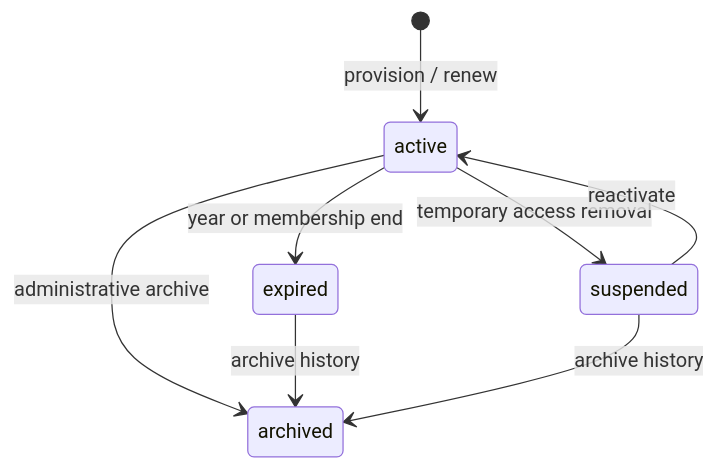
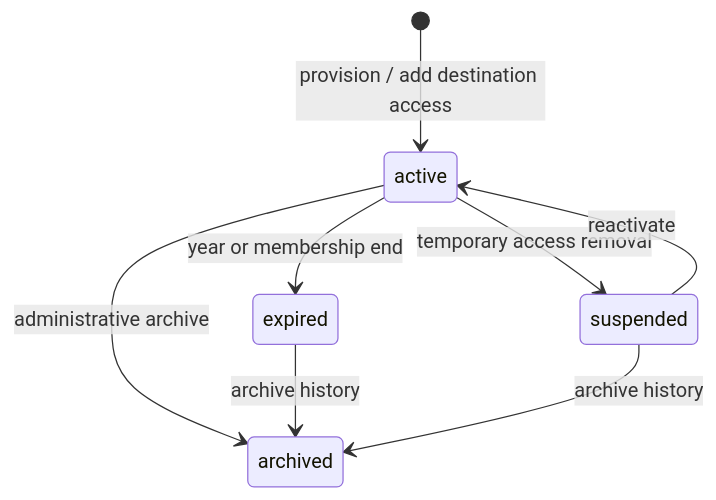
Before and after one commit to stevenchenjy/SKS-NHS-Hours: the second of 3 diagrams in docs/DATA_MODEL.md, drawn with Mermaid. The commit also changed other lines of this file and 64 other files, not shown here.

````diff
--- a/docs/DATA_MODEL.md
+++ b/docs/DATA_MODEL.md
@@ -180,10 +187,10 @@
 ```mermaid
 stateDiagram-v2
-    [*] --> active: provision / renew
+    [*] --> active: provision / add destination access
     active --> suspended: temporary access removal
     active --> expired: year or membership end
     suspended --> active: reactivate
     active --> archived: administrative archive
     expired --> archived: archive history
     suspended --> archived: archive history
 ```
````
